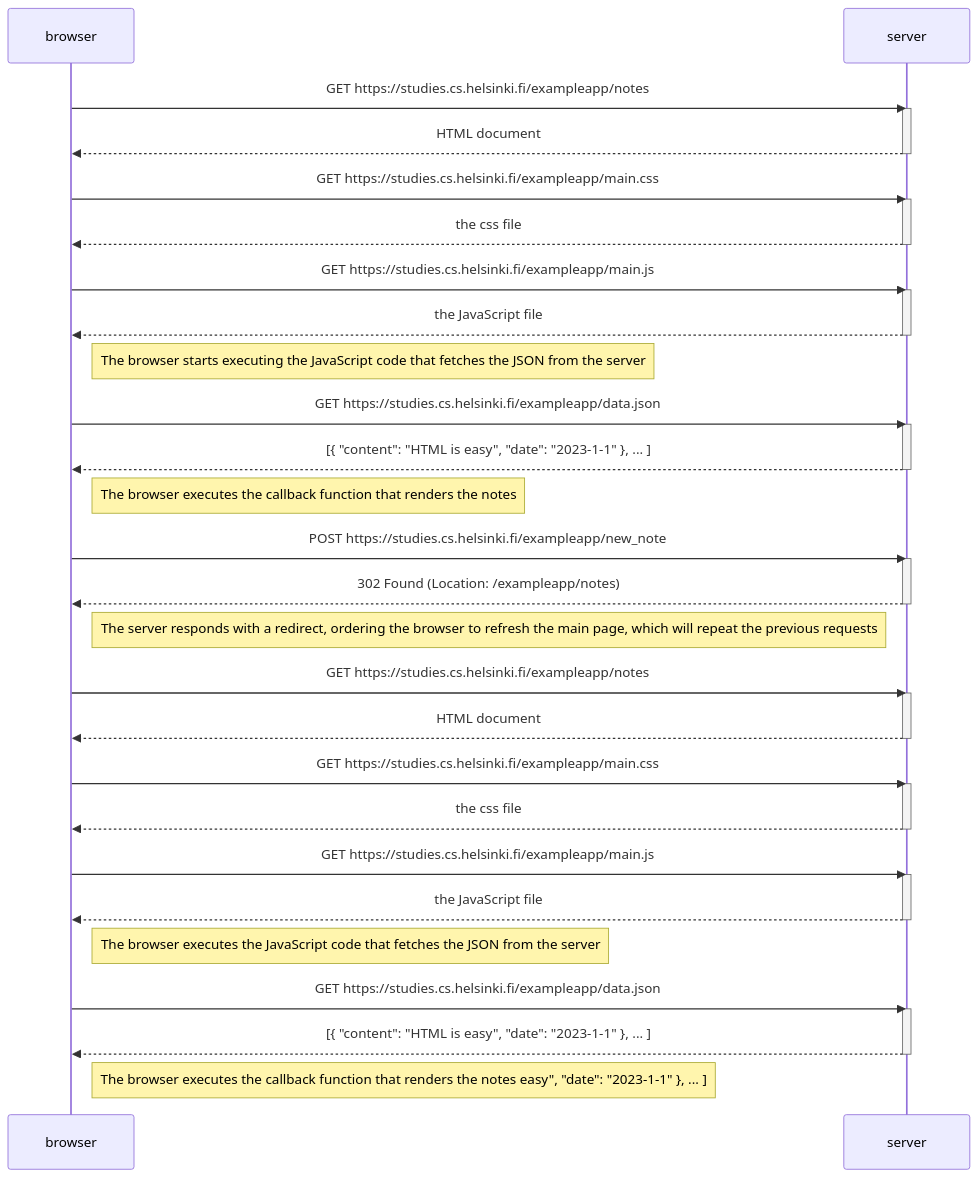
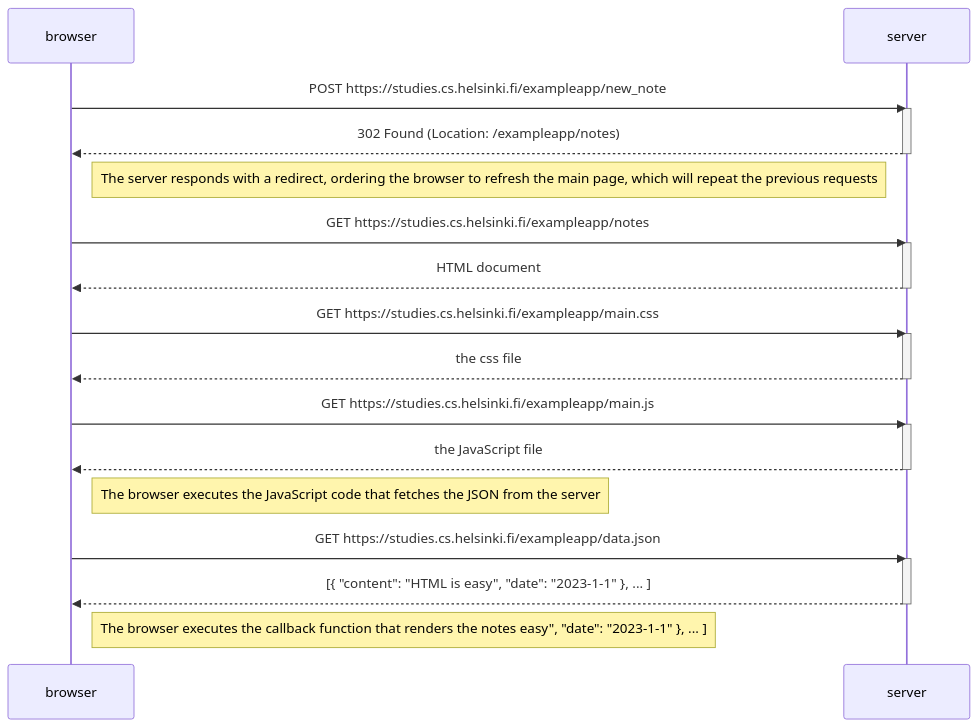
Before and after one commit to nadaa/full-stack: the first of 3 diagrams in part0/exercises.md, drawn with Mermaid. The commit also changed other lines of this file, not shown here.

````diff
--- a/part0/exercises.md
+++ b/part0/exercises.md
@@ -3,57 +3,34 @@
 ```mermaid
 sequenceDiagram
     participant browser
     participant server
-
-    browser->>server: GET https://studies.cs.helsinki.fi/exampleapp/notes
-    activate server
-    server-->>browser: HTML document
-    deactivate server
-
-    browser->>server: GET https://studies.cs.helsinki.fi/exampleapp/main.css
-    activate server
-    server-->>browser: the css file
-    deactivate server
-
-    browser->>server: GET https://studies.cs.helsinki.fi/exampleapp/main.js
-    activate server
-    server-->>browser: the JavaScript file
-    deactivate server
-    Note right of browser: The browser starts executing the JavaScript code that fetches the JSON from the server
-
-    browser->>server: GET https://studies.cs.helsinki.fi/exampleapp/data.json
-    activate server
-    server-->>browser: [{ "content": "HTML is easy", "date": "2023-1-1" }, ... ]
-    deactivate server
-    Note right of browser: The browser executes the callback function that renders the notes
-
 
     browser->>server: POST https://studies.cs.helsinki.fi/exampleapp/new_note
     activate server
     server-->>browser: 302 Found (Location: /exampleapp/notes)
     deactivate server
     Note right of browser: The server responds with a redirect, ordering the browser to refresh the main page, which will repeat the previous requests
 
     browser->>server: GET https://studies.cs.helsinki.fi/exampleapp/notes
     activate server
     server-->>browser: HTML document
     deactivate server
 
     browser->>server: GET https://studies.cs.helsinki.fi/exampleapp/main.css
     activate server
     server-->>browser: the css file
     deactivate server
 
     browser->>server: GET https://studies.cs.helsinki.fi/exampleapp/main.js
     activate server
     server-->>browser: the JavaScript file
     deactivate server
     Note right of browser: The browser executes the JavaScript code that fetches the JSON from the server
 
     browser->>server: GET https://studies.cs.helsinki.fi/exampleapp/data.json
     activate server
     server-->>browser: [{ "content": "HTML is easy", "date": "2023-1-1" }, ... ]
     deactivate server
     Note right of browser: The browser executes the callback function that renders the notes easy", "date": "2023-1-1" }, ... ]
 
 ```
````
